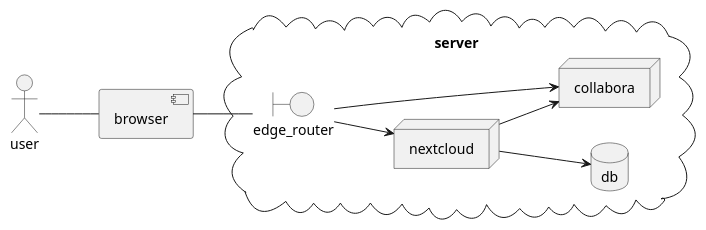
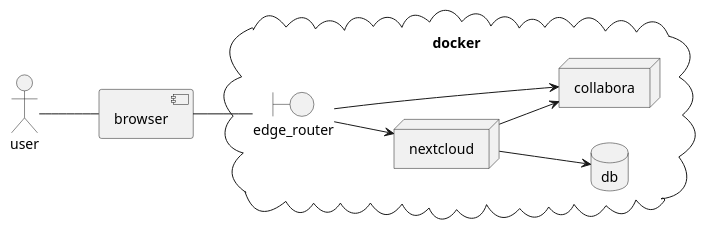
Before and after one commit to dancier/documentation: the diagram in src/main/jbake/content/documentation/howto/nextcloud/index.adoc, drawn with PlantUML. The commit also changed other lines of this file and 1 other file, not shown here.

```diff
--- a/src/main/jbake/content/documentation/howto/nextcloud/index.adoc
+++ b/src/main/jbake/content/documentation/howto/nextcloud/index.adoc
@@ -51,21 +74,22 @@
 [plantuml, cloud-architecture, svg]
 ....
 @startuml
 left to right direction
 actor user
 component browser
-cloud server {
+ cloud docker {
    database db
    boundary edge_router
    node nextcloud
    node collabora
-}
+ }
+
 user -- browser
 browser -- edge_router
 edge_router --> nextcloud
 edge_router --> collabora
 nextcloud --> db
 nextcloud --> collabora
 
 @enduml
 ....
```
